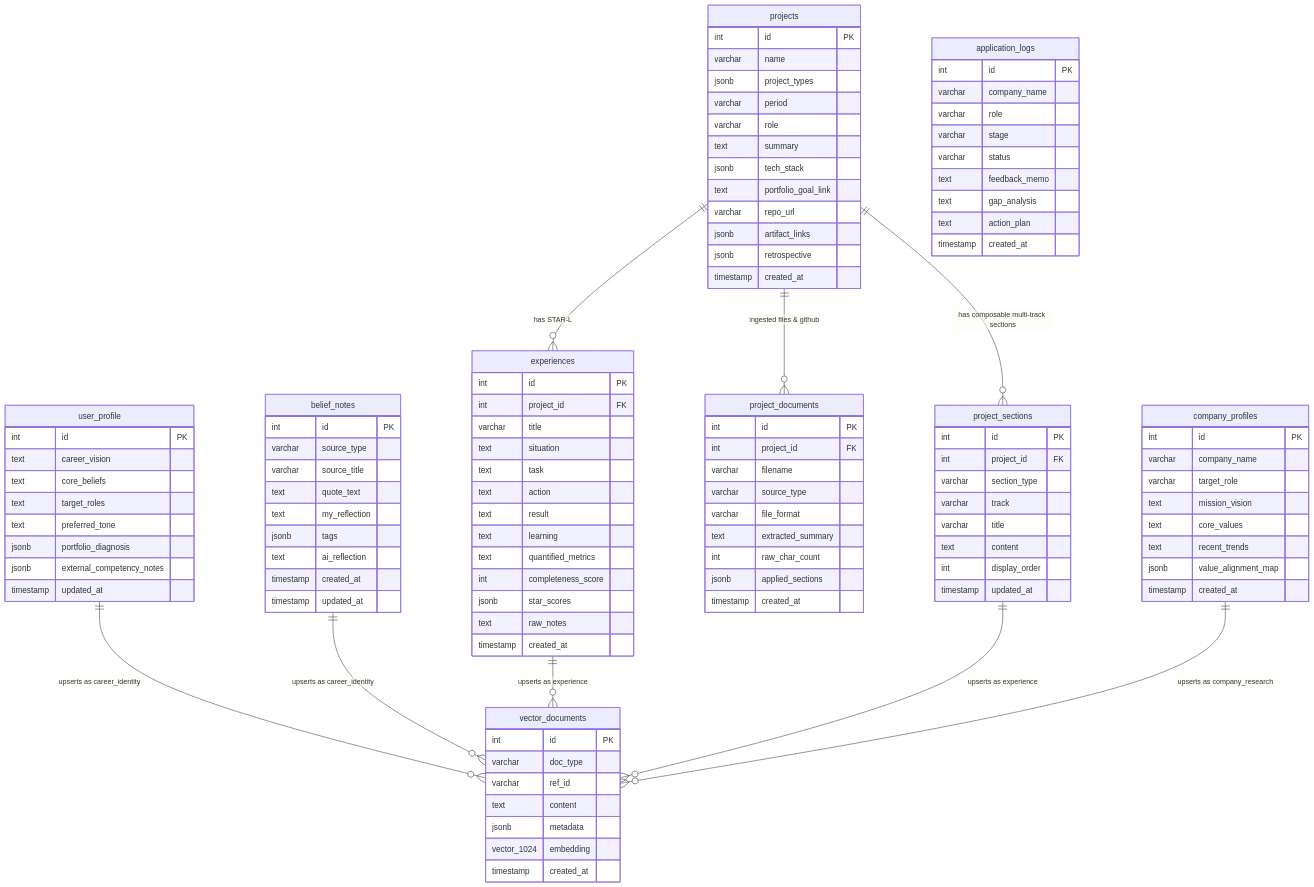
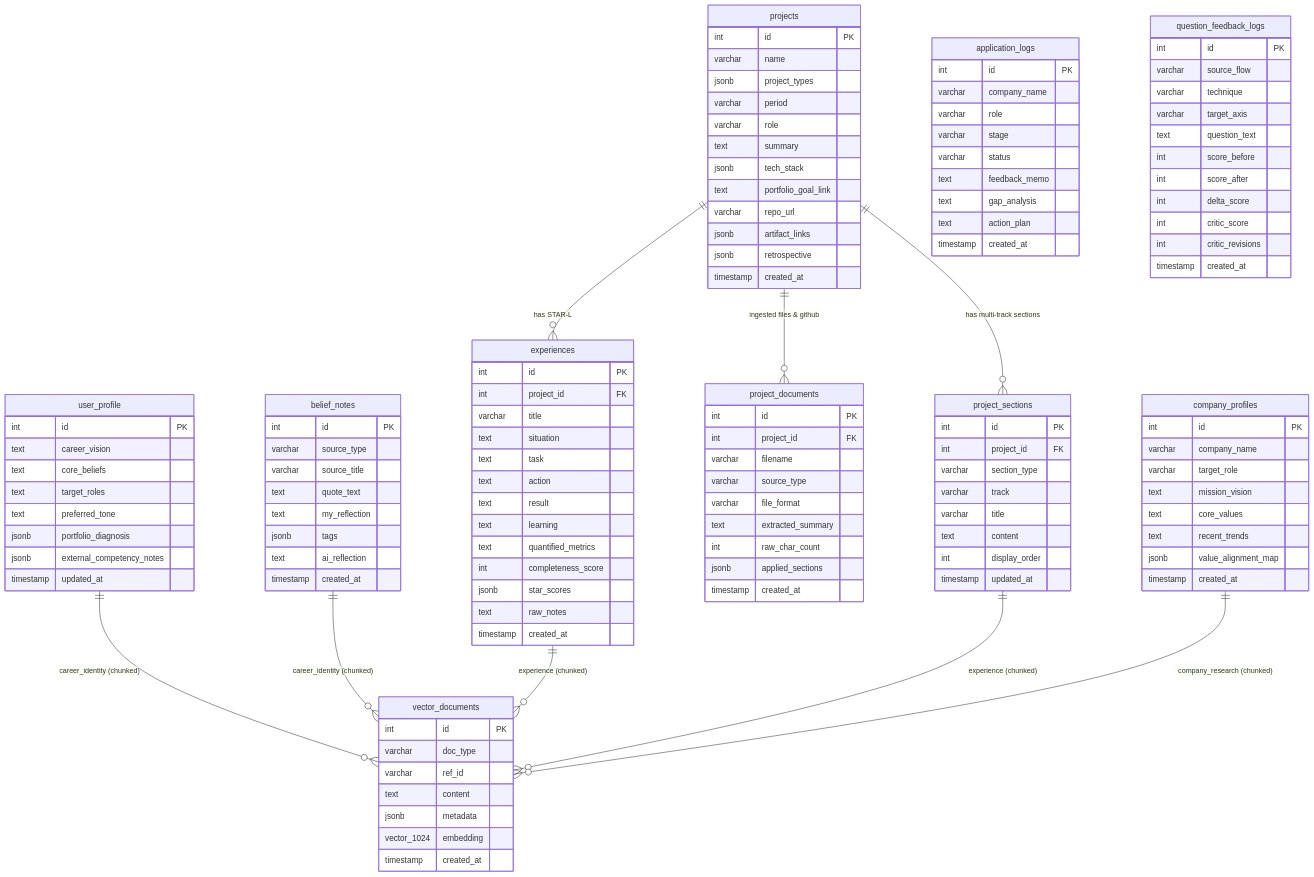
The second of 2 diagrams in ARCHITECTURE.md (KASOP0306/write-on-vibe-lab), drawn with Mermaid before and after one commit. The commit also changed other lines of this file and 2 other files, not shown here.

Commit message:
docs: document full LLM, LangChain, LangGraph, RAG v2, and Loop A/B architecture inventory

````diff
--- a/ARCHITECTURE.md
+++ b/ARCHITECTURE.md
@@ -71,7 +72,6 @@
         jsonb tags
         text ai_reflection
         timestamp created_at
-        timestamp updated_at
     }
 
     projects {
@@ -151,6 +151,20 @@
         timestamp created_at
     }
 
+    question_feedback_logs {
+        int id PK
+        varchar source_flow
+        varchar technique
+        varchar target_axis
+        text question_text
+        int score_before
+        int score_after
+        int delta_score
+        int critic_score
+        int critic_revisions
+        timestamp created_at
+    }
+
     vector_documents {
         int id PK
         varchar doc_type
@@ -162,11 +176,11 @@
     }
 
     projects ||--o{ experiences : "has STAR-L"
-    projects ||--o{ project_sections : "has composable multi-track sections"
+    projects ||--o{ project_sections : "has multi-track sections"
     projects ||--o{ project_documents : "ingested files & github"
-    user_profile ||--o{ vector_documents : "upserts as career_identity"
-    belief_notes ||--o{ vector_documents : "upserts as career_identity"
-    experiences ||--o{ vector_documents : "upserts as experience"
-    project_sections ||--o{ vector_documents : "upserts as experience"
-    company_profiles ||--o{ vector_documents : "upserts as company_research"
+    user_profile ||--o{ vector_documents : "career_identity (chunked)"
+    belief_notes ||--o{ vector_documents : "career_identity (chunked)"
+    experiences ||--o{ vector_documents : "experience (chunked)"
+    project_sections ||--o{ vector_documents : "experience (chunked)"
+    company_profiles ||--o{ vector_documents : "company_research (chunked)"
 ```
````
